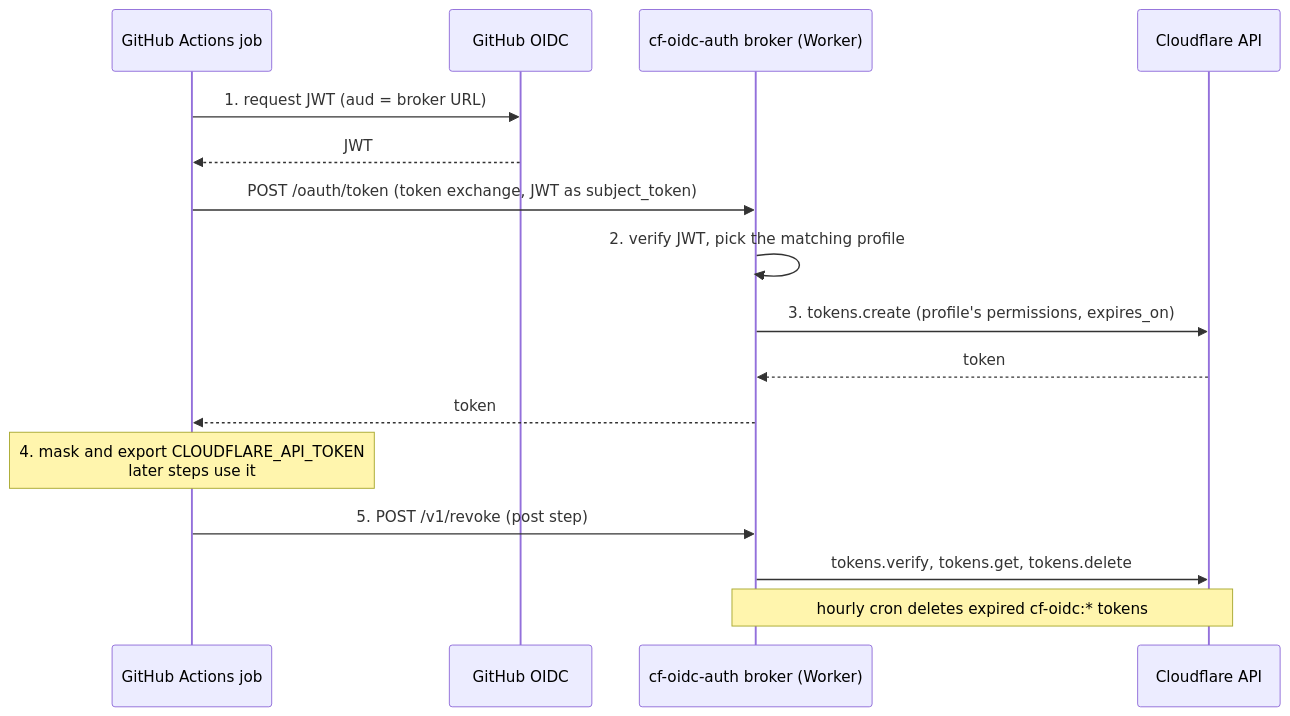
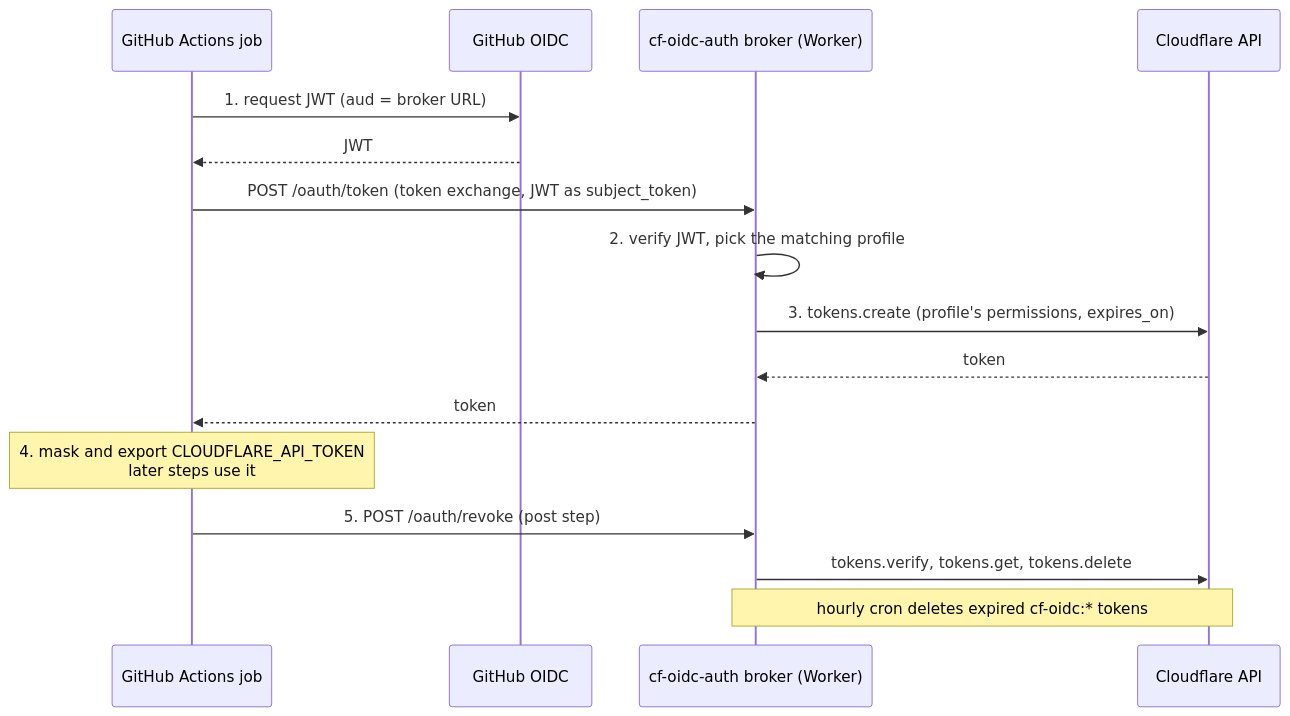
One commit to cf-contrib/cf-auth changed the diagram in README.md. Above: the diagram before and after it, drawn with Mermaid. The commit also changed 14 other files, not shown here.

First line of the commit message:
feat!: drop the /v1 token routes, and revoke at POST /oauth/revoke

````diff
--- a/README.md
+++ b/README.md
@@ -40,19 +40,19 @@
 ```mermaid
 sequenceDiagram
     participant Job as GitHub Actions job
     participant OIDC as GitHub OIDC
     participant Broker as cf-oidc-auth broker (Worker)
     participant CF as Cloudflare API
 
     Job->>OIDC: 1. request JWT (aud = broker URL)
     OIDC-->>Job: JWT
     Job->>Broker: POST /oauth/token (token exchange, JWT as subject_token)
     Broker->>Broker: 2. verify JWT, pick the matching profile
     Broker->>CF: 3. tokens.create (profile's permissions, expires_on)
     CF-->>Broker: token
     Broker-->>Job: token
     Note over Job: 4. mask and export CLOUDFLARE_API_TOKEN<br/>later steps use it
-    Job->>Broker: 5. POST /v1/revoke (post step)
+    Job->>Broker: 5. POST /oauth/revoke (post step)
     Broker->>CF: tokens.verify, tokens.get, tokens.delete
     Note over Broker,CF: hourly cron deletes expired cf-oidc:* tokens
 ```
````
